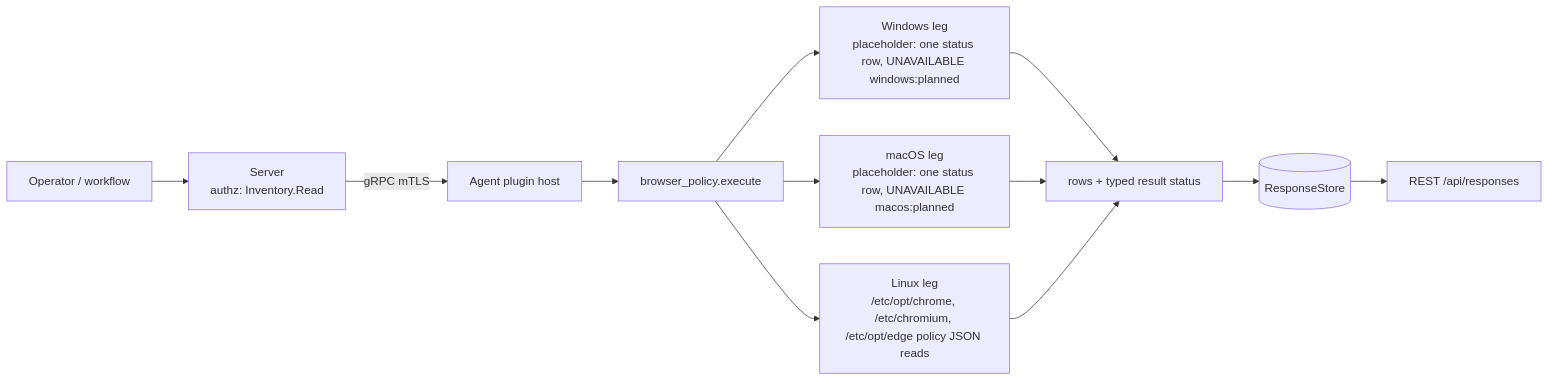
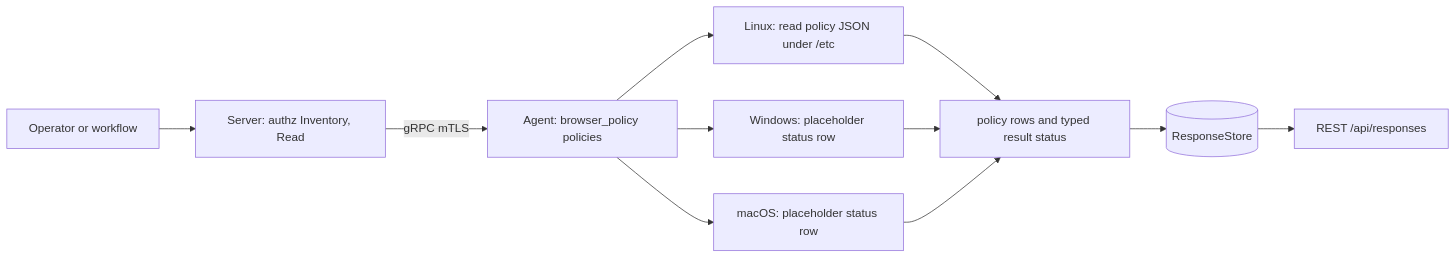
Before and after one commit to DevNullLtd/Yuzu: the first of 2 diagrams in agents/plugins/browser_policy/README.md, drawn with Mermaid. The commit also changed other lines of this file and 5 other files, not shown here.

Commit message:
docs(plugins): refresh the browser_policy, execution_artifacts and mgmt_posture READMEs

````diff
--- a/agents/plugins/browser_policy/README.md
+++ b/agents/plugins/browser_policy/README.md
@@ -21,9 +21,13 @@
 ```mermaid
 flowchart LR
-  OP[Operator / workflow] --> SRV[Server<br/>authz: Inventory.Read]
-  SRV -- gRPC mTLS --> HOST[Agent plugin host] --> EX[browser_policy.execute]
-  EX --> WIN[Windows leg<br/>placeholder: one status row, UNAVAILABLE windows:planned]
-  EX --> MAC[macOS leg<br/>placeholder: one status row, UNAVAILABLE macos:planned]
-  EX --> LIN[Linux leg<br/>/etc/opt/chrome, /etc/chromium, /etc/opt/edge policy JSON reads]
-  WIN & MAC & LIN --> ROWS[rows + typed result status] --> RS[(ResponseStore)] --> API[REST /api/responses]
+  OP["Operator or workflow"] --> SRV["Server: authz Inventory, Read"]
+  SRV -->|"gRPC mTLS"| EX["Agent: browser_policy policies"]
+  EX --> LIN["Linux: read policy JSON under /etc"]
+  EX --> WIN["Windows: placeholder status row"]
+  EX --> MAC["macOS: placeholder status row"]
+  LIN --> ROWS["policy rows and typed result status"]
+  WIN --> ROWS
+  MAC --> ROWS
+  ROWS --> RS[("ResponseStore")]
+  RS --> API["REST /api/responses"]
 ```
````
